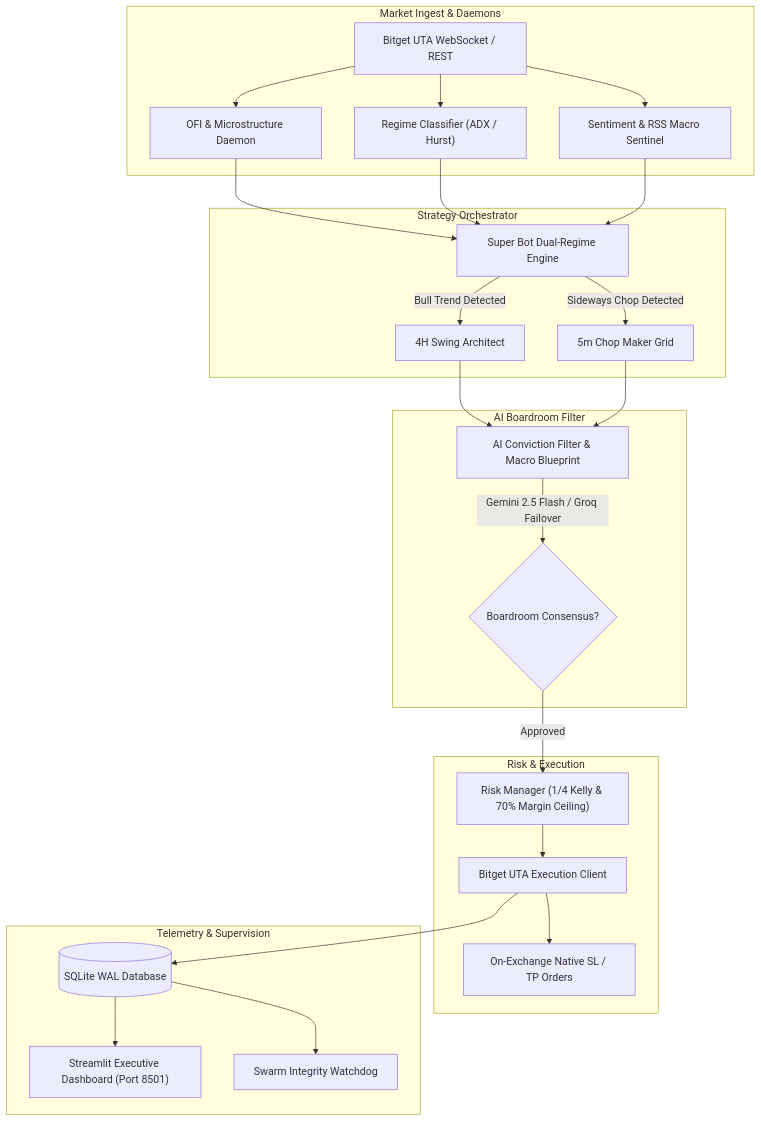
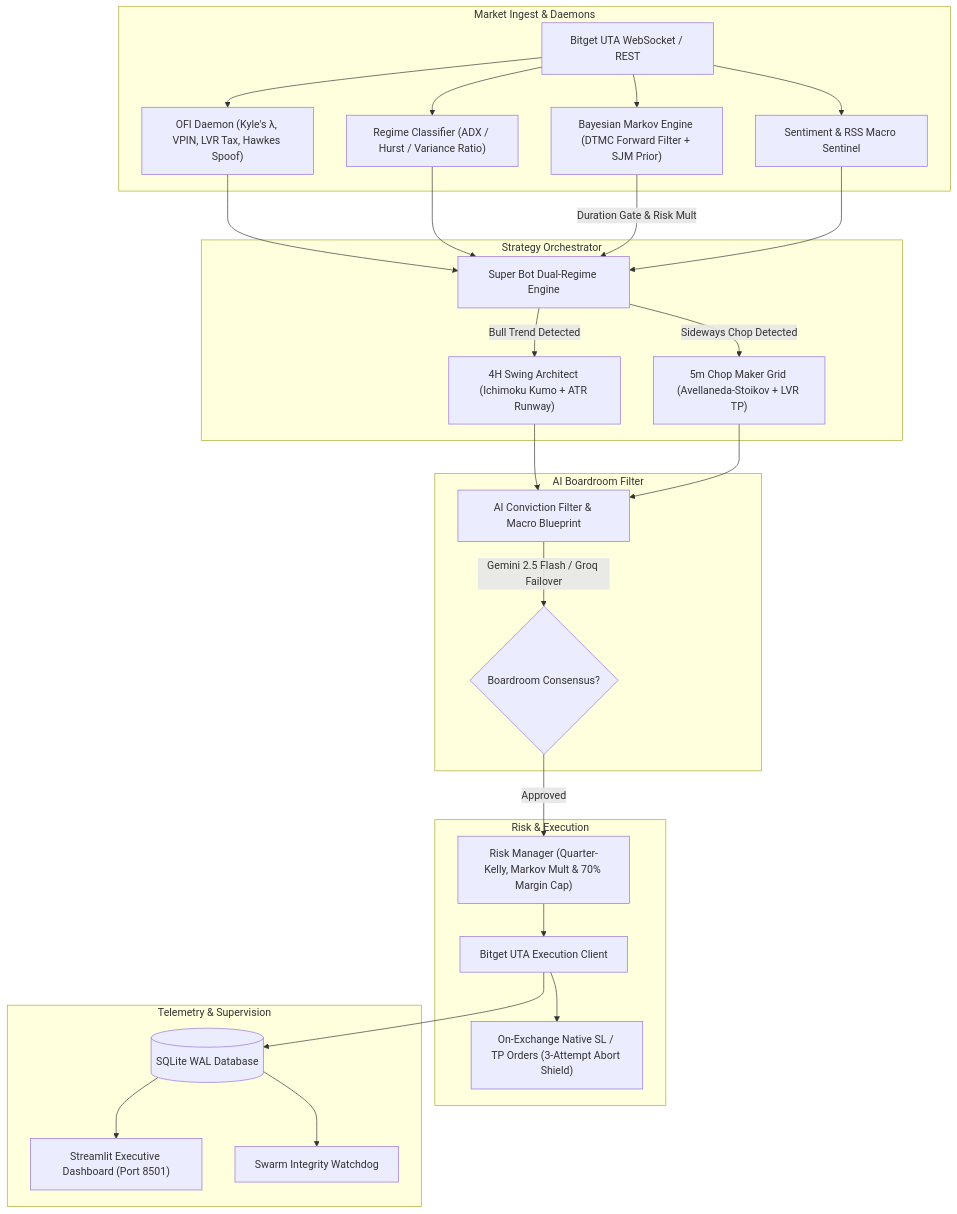
The diagram in README.md (Mrbadador/autonomous-crypto-trading-bot), drawn with Mermaid before and after one commit. The commit also changed other lines of this file, not shown here.

Commit message:
docs(readme): update system highlights, architecture diagram, and repository tree with institutional quant upgrades

````diff
--- a/README.md
+++ b/README.md
@@ -86,34 +95,36 @@
 ```mermaid
 flowchart TD
     subgraph Market_Ingest["Market Ingest & Daemons"]
-        MD["Bitget UTA WebSocket / REST"] --> OFI["OFI & Microstructure Daemon"]
-        MD --> REG["Regime Classifier (ADX / Hurst)"]
+        MD["Bitget UTA WebSocket / REST"] --> OFI["OFI Daemon (Kyle's λ, VPIN, LVR Tax, Hawkes Spoof)"]
+        MD --> REG["Regime Classifier (ADX / Hurst / Variance Ratio)"]
+        MD --> MARKOV["Bayesian Markov Engine (DTMC Forward Filter + SJM Prior)"]
         MD --> SENT["Sentiment & RSS Macro Sentinel"]
     end
 
     subgraph Strategy_Orchestrator["Strategy Orchestrator"]
         OFI --> SB["Super Bot Dual-Regime Engine"]
         REG --> SB
+        MARKOV -->|Duration Gate & Risk Mult| SB
         SENT --> SB
-        SB -->|Bull Trend Detected| SWING["4H Swing Architect"]
-        SB -->|Sideways Chop Detected| CHOP["5m Chop Maker Grid"]
+        SB -->|Bull Trend Detected| SWING["4H Swing Architect (Ichimoku Kumo + ATR Runway)"]
+        SB -->|Sideways Chop Detected| CHOP["5m Chop Maker Grid (Avellaneda-Stoikov + LVR TP)"]
     end
 
     subgraph AI_Boardroom["AI Boardroom Filter"]
         SWING --> AI["AI Conviction Filter & Macro Blueprint"]
         CHOP --> AI
         AI -->|Gemini 2.5 Flash / Groq Failover| VETO{"Boardroom Consensus?"}
     end
 
     subgraph Risk_Execution["Risk & Execution"]
-        VETO -->|Approved| RM["Risk Manager (1/4 Kelly & 70% Margin Ceiling)"]
+        VETO -->|Approved| RM["Risk Manager (Quarter-Kelly, Markov Mult & 70% Margin Cap)"]
         RM --> EX["Bitget UTA Execution Client"]
-        EX --> STOP["On-Exchange Native SL / TP Orders"]
+        EX --> STOP["On-Exchange Native SL / TP Orders (3-Attempt Abort Shield)"]
     end
 
     subgraph Telemetry_Supervision["Telemetry & Supervision"]
         EX --> DB[("SQLite WAL Database")]
         DB --> HUD["Streamlit Executive Dashboard (Port 8501)"]
         DB --> WATCH["Swarm Integrity Watchdog"]
     end
 ```
````
